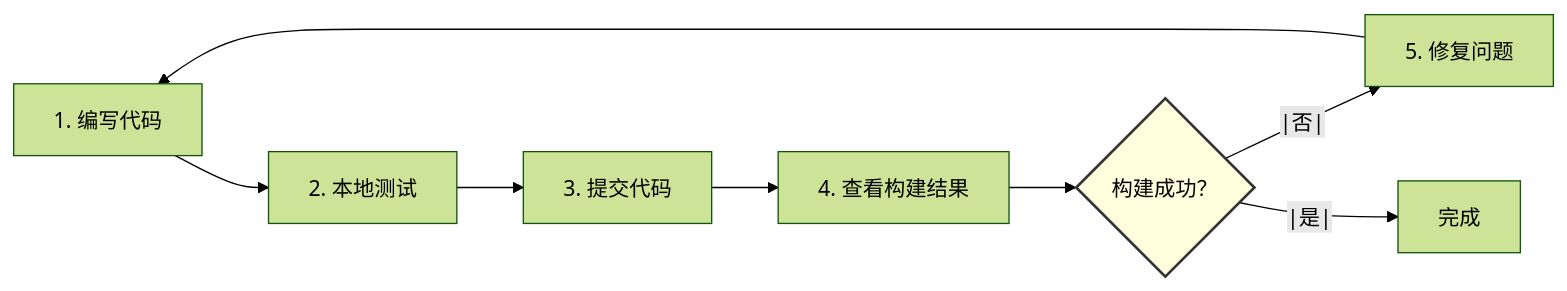
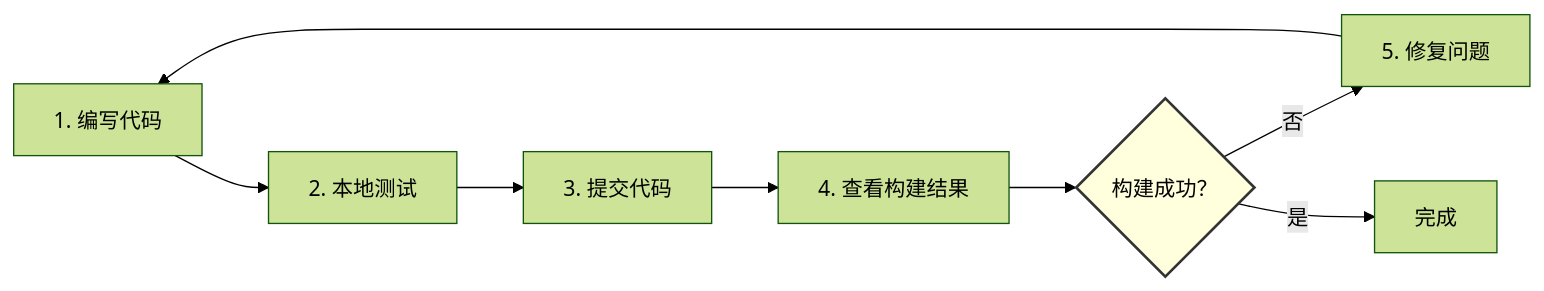
Before and after one commit to EvanL1/VoltageEMS: the tenth of 12 diagrams in docs/VOLTAGEEMS_CICD_ARCHITECTURE.md, drawn with Mermaid (forest theme). The commit also changed other lines of this file and 45 other files, not shown here.

````diff
--- a/docs/VOLTAGEEMS_CICD_ARCHITECTURE.md
+++ b/docs/VOLTAGEEMS_CICD_ARCHITECTURE.md
@@ -586,12 +576,12 @@
 ```mermaid
 graph LR
     A[1. 编写代码] --> B[2. 本地测试]
     B --> C[3. 提交代码]
     C --> D[4. 查看构建结果]
     D --> E{构建成功？}
-    E --|否|--> F[5. 修复问题]
+    E -->|否| F[5. 修复问题]
     F --> A
-    E --|是|--> G[完成]
+    E -->|是| G[完成]
   
     style E fill:#ffd,stroke:#333,stroke-width:2px
 ```
````
